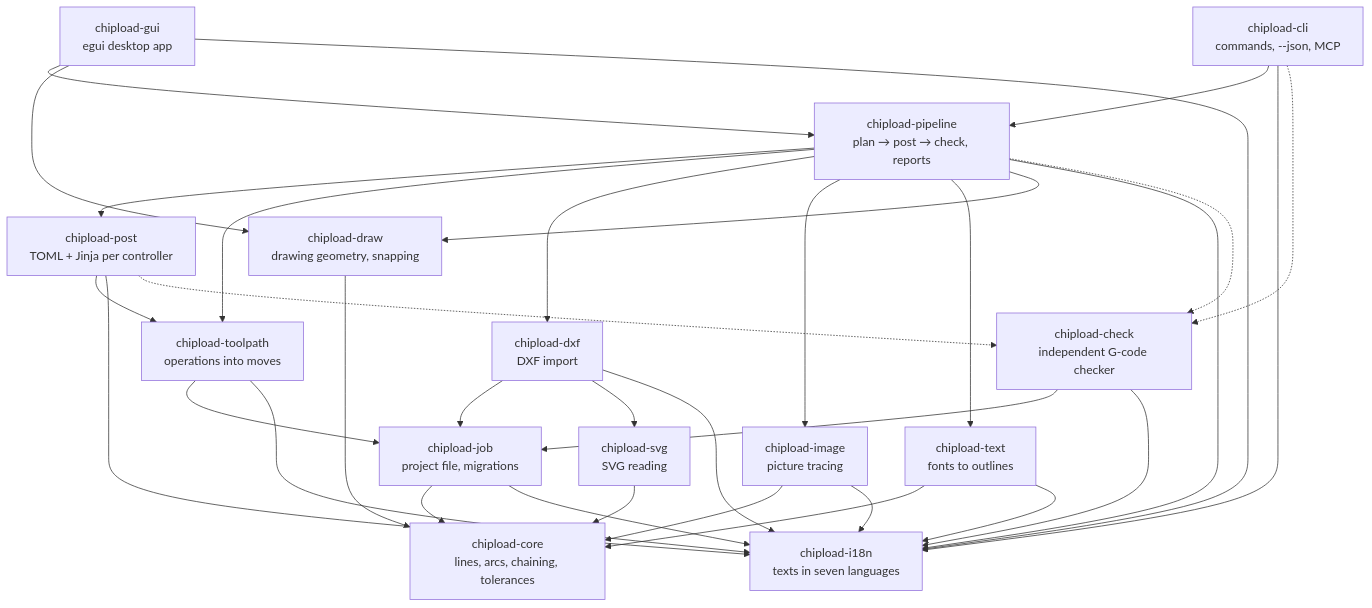
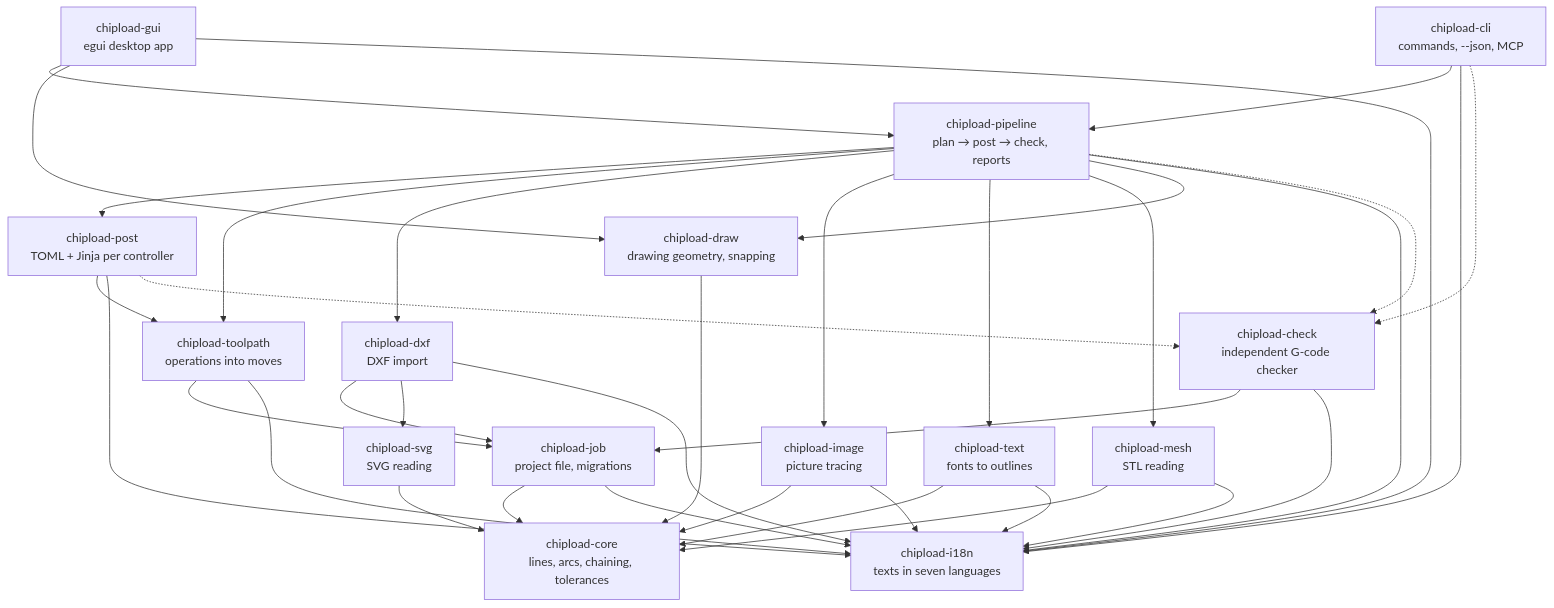
One commit to chipload/chipload changed the diagram in docs/architecture.md. Above: the diagram before and after it, drawn with Mermaid. The commit also changed other lines of this file and 87 other files, not shown here.

First line of the commit message:
Relief, step 1: STL models in the project (chipload-mesh, model add/set/list/remove)

````diff
--- a/docs/architecture.md
+++ b/docs/architecture.md
@@ -15,35 +15,37 @@
 ```mermaid
 flowchart TB
     gui["chipload-gui<br/>egui desktop app"] --> pipeline
     cli["chipload-cli<br/>commands, --json, MCP"] --> pipeline
     pipeline["chipload-pipeline<br/>plan → post → check, reports"] --> post
-    pipeline --> toolpath & dxf & image & text
+    pipeline --> toolpath & dxf & image & text & mesh
     post["chipload-post<br/>TOML + Jinja per controller"] --> toolpath
     toolpath["chipload-toolpath<br/>operations into moves"] --> job
     dxf["chipload-dxf<br/>DXF import"] --> job
     image["chipload-image<br/>picture tracing"] --> core
     dxf --> svg
     svg["chipload-svg<br/>SVG reading"] --> core
     text["chipload-text<br/>fonts to outlines"] --> core
+    mesh["chipload-mesh<br/>STL reading"] --> core
     draw["chipload-draw<br/>drawing geometry, snapping"] --> core
     gui --> draw
     pipeline --> draw
     job["chipload-job<br/>project file, migrations"] --> core
     core["chipload-core<br/>lines, arcs, chaining, tolerances"]
     i18n["chipload-i18n<br/>texts in seven languages"]
     gui --> i18n
     cli --> i18n
     job --> i18n
     toolpath --> i18n
     dxf --> i18n
     image --> i18n
     text --> i18n
+    mesh --> i18n
     post --> i18n
     pipeline --> i18n
 
     check["chipload-check<br/>independent G-code checker"] --> job
     check --> i18n
     pipeline -.-> check
     post -.-> check
     cli -.-> check
 ```
````
